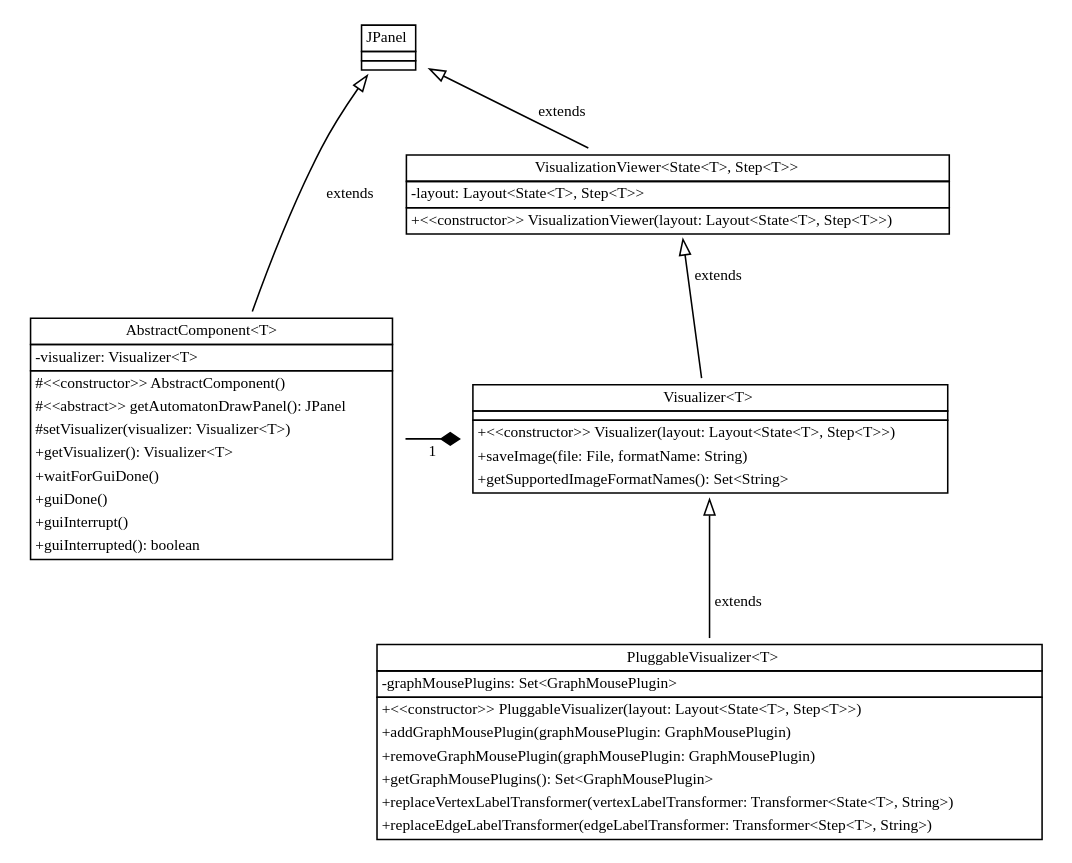
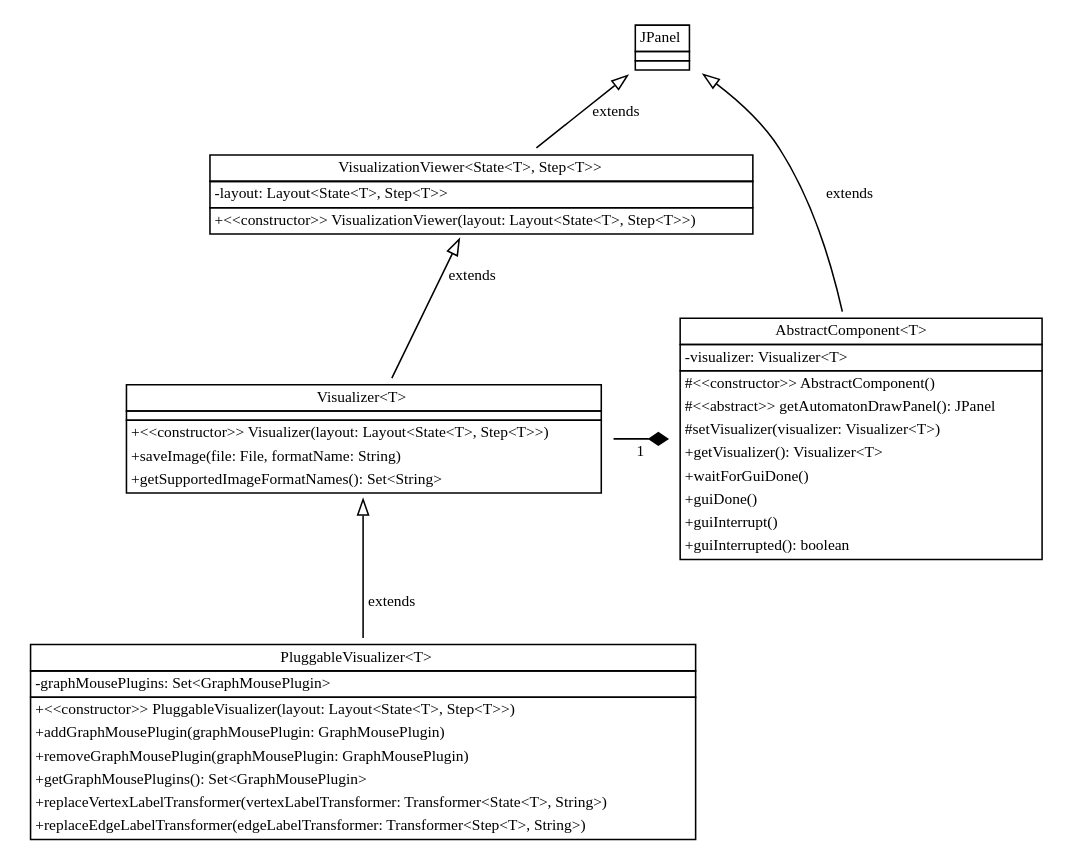
Before and after one commit to otmarjr/jInfer-fork: the diagram in doc/jInfer/autoeditor/uml_base_classes.gv, drawn with Graphviz. The commit also changed 2 other files, not shown here.

```diff
--- a/doc/jInfer/autoeditor/uml_base_classes.gv
+++ b/doc/jInfer/autoeditor/uml_base_classes.gv
@@ -1,118 +1,118 @@
 digraph uml_basic_full {
 	rankdir = BT;
 	node [shape = rectangle, fontname = "TeXGyrePagella-Regular", fontsize = 10];
 	edge [fontname = "TeXGyrePagella-Regular", fontsize = 10, arrowhead = empty];
 
 {
 	rank = same;
 
 	JPanel [shape = plaintext, label = <
 	<table cellspacing="0" cellborder="1" border="0">
 		<tr><td>
 			<font face="TeXGyrePagella-Bold" point-size="10">JPanel</font>
 		</td></tr>
 		<tr><td></td></tr>
 		<tr><td></td></tr>
 	</table>>];
 }
 
 {
 	rank = same;
 
 	VisualizationViewer [shape = plaintext, label = <
 	<table cellspacing="0" cellborder="1" border="0">
 		<tr><td>
 			<font face="TeXGyrePagella-Bold" point-size="10">VisualizationViewer&lt;State&lt;T&gt;, Step&lt;T&gt;&gt;</font>
 		</td></tr>
 		<tr><td cellpadding="0">
 			<table cellspacing="0" cellborder="0" border="0">
 				<tr><td align="left"><font face="SFTT1000">-layout: Layout&lt;State&lt;T&gt;, Step&lt;T&gt;&gt;</font></td></tr>
 			</table>
 		</td></tr>
 		<tr><td cellpadding="0">
 			<table cellspacing="0" cellborder="0" border="0">
 				<tr><td align="left"><font face="SFTT1000">+&lt;&lt;constructor&gt;&gt; VisualizationViewer(layout: Layout&lt;State&lt;T&gt;, Step&lt;T&gt;&gt;) </font></td></tr>
 			</table>
 		</td></tr>
 	</table>>];
 }
 
 {
 	rank = same;
 
 	Visualizer [shape = plaintext, label = <
 	<table cellspacing="0" cellborder="1" border="0">
 		<tr><td>
 			<font face="TeXGyrePagella-Bold" point-size="10">Visualizer&lt;T&gt;</font>
 		</td></tr>
 		<tr><td></td></tr>
 		<tr><td cellpadding="0">
 			<table cellspacing="0" cellborder="0" border="0">
 				<tr><td align="left"><font face="SFTT1000">+&lt;&lt;constructor&gt;&gt; Visualizer(layout: Layout&lt;State&lt;T&gt;, Step&lt;T&gt;&gt;) </font></td></tr>
 				<tr><td align="left"><font face="SFTT1000">+saveImage(file: File, formatName: String)</font></td></tr>
 				<tr><td align="left"><font face="SFTT1000">+getSupportedImageFormatNames(): Set&lt;String&gt;</font></td></tr>
 			</table>
 		</td></tr>
 	</table>>];
 	
 	AbstractComponent [shape = plaintext, label = <
 	<table cellspacing="0" cellborder="1" border="0">
 		<tr><td>
 			<font face="TeXGyrePagella-BoldItalic" point-size="10">AbstractComponent&lt;T&gt;</font>
 		</td></tr>
 		<tr><td cellpadding="0">
 			<table cellspacing="0" cellborder="0" border="0">
 				<tr><td align="left"><font face="SFTT1000">-visualizer: Visualizer&lt;T&gt;</font></td></tr>
 			</table>
 		</td></tr>
 		<tr><td cellpadding="0">
 			<table cellspacing="0" cellborder="0" border="0">
 				<tr><td align="left"><font face="SFTT1000">#&lt;&lt;constructor&gt;&gt; AbstractComponent()</font></td></tr>
 				<tr><td align="left"><font face="SFTT1000">#&lt;&lt;abstract&gt;&gt; getAutomatonDrawPanel(): JPanel</font></td></tr>
 				<tr><td align="left"><font face="SFTT1000">#setVisualizer(visualizer: Visualizer&lt;T&gt;)</font></td></tr>
 				<tr><td align="left"><font face="SFTT1000">+getVisualizer(): Visualizer&lt;T&gt;</font></td></tr>
 				<tr><td align="left"><font face="SFTT1000">+waitForGuiDone()</font></td></tr>
 				<tr><td align="left"><font face="SFTT1000">+guiDone()</font></td></tr>
 				<tr><td align="left"><font face="SFTT1000">+guiInterrupt()</font></td></tr>
 				<tr><td align="left"><font face="SFTT1000">+guiInterrupted(): boolean</font></td></tr>
 			</table>
 		</td></tr>
 	</table>>];
 }
 
 {
 	rank = same;
 
 	PluggableVisualizer [shape = plaintext, label = <
 	<table cellspacing="0" cellborder="1" border="0">
 		<tr><td>
 			<font face="TeXGyrePagella-Bold" point-size="10">PluggableVisualizer&lt;T&gt;</font>
 		</td></tr>
 		<tr><td cellpadding="0">
 			<table cellspacing="0" cellborder="0" border="0">
 				<tr><td align="left"><font face="SFTT1000">-graphMousePlugins: Set&lt;GraphMousePlugin&gt;</font></td></tr>
 			</table>
 		</td></tr>
 		<tr><td cellpadding="0">
 			<table cellspacing="0" cellborder="0" border="0">
 				<tr><td align="left"><font face="SFTT1000">+&lt;&lt;constructor&gt;&gt; PluggableVisualizer(layout: Layout&lt;State&lt;T&gt;, Step&lt;T&gt;&gt;) </font></td></tr>
 				<tr><td align="left"><font face="SFTT1000">+addGraphMousePlugin(graphMousePlugin: GraphMousePlugin)</font></td></tr>
 				<tr><td align="left"><font face="SFTT1000">+removeGraphMousePlugin(graphMousePlugin: GraphMousePlugin)</font></td></tr>
 				<tr><td align="left"><font face="SFTT1000">+getGraphMousePlugins(): Set&lt;GraphMousePlugin&gt;</font></td></tr>
 				<tr><td align="left"><font face="SFTT1000">+replaceVertexLabelTransformer(vertexLabelTransformer: Transformer&lt;State&lt;T&gt;, String&gt;)</font></td></tr>
 				<tr><td align="left"><font face="SFTT1000">+replaceEdgeLabelTransformer(edgeLabelTransformer: Transformer&lt;Step&lt;T&gt;, String&gt;)</font></td></tr>
 			</table>
 		</td></tr>
 	</table>>];
 }
 
 AbstractComponent -> JPanel [label = "extends"];
 VisualizationViewer -> JPanel [label = "extends"];
 
 Visualizer -> VisualizationViewer [label = "extends"];
 
 PluggableVisualizer -> Visualizer [label = "extends"];
 
 
-AbstractComponent -> Visualizer [label = "1" arrowhead = diamond];
+Visualizer -> AbstractComponent [label = "1" arrowhead = diamond];
 }
```
